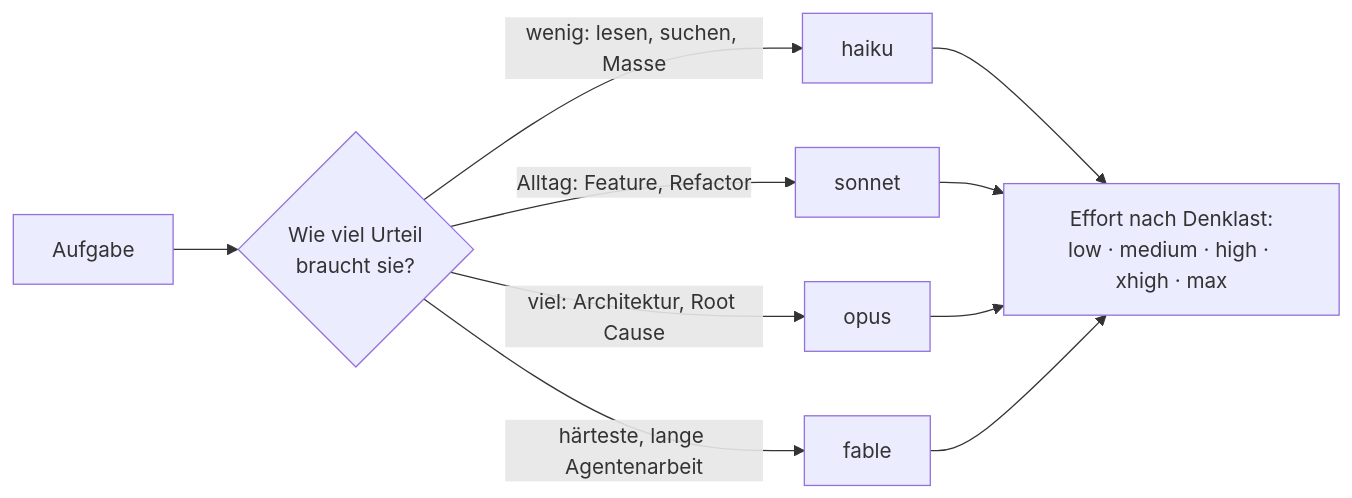
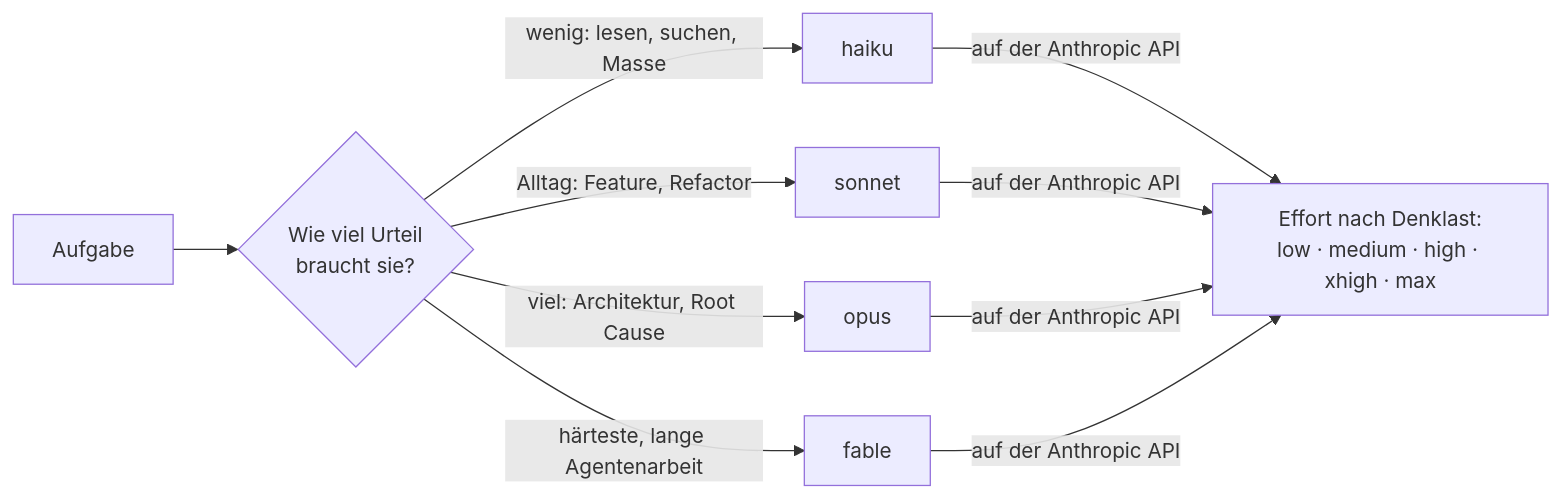
Before and after one commit to dynamic-dome/dynamic-workshop: the diagram in resources/library/s1-07-modellwahl-und-effort.md, drawn with Mermaid. The commit also changed 9 other files, not shown here.

First line of the commit message:
feat(library): build_library check meldet fehlende und verwaiste Diagramm-SVGs (#9991)

````diff
--- a/resources/library/s1-07-modellwahl-und-effort.md
+++ b/resources/library/s1-07-modellwahl-und-effort.md
@@ -43,9 +43,9 @@
 ```mermaid
 flowchart LR
   T["Aufgabe"] --> M{"Wie viel Urteil<br/>braucht sie?"}
   M -- "wenig: lesen, suchen, Masse" --> H["haiku"]
   M -- "Alltag: Feature, Refactor" --> S["sonnet"]
   M -- "viel: Architektur, Root Cause" --> O["opus"]
   M -- "härteste, lange Agentenarbeit" --> F["fable"]
-  H & S & O & F --> E["Effort nach Denklast:<br/>low · medium · high · xhigh · max"]
+  H & S & O & F -- "auf der Anthropic API" --> E["Effort nach Denklast:<br/>low · medium · high · xhigh · max"]
 ```
````
